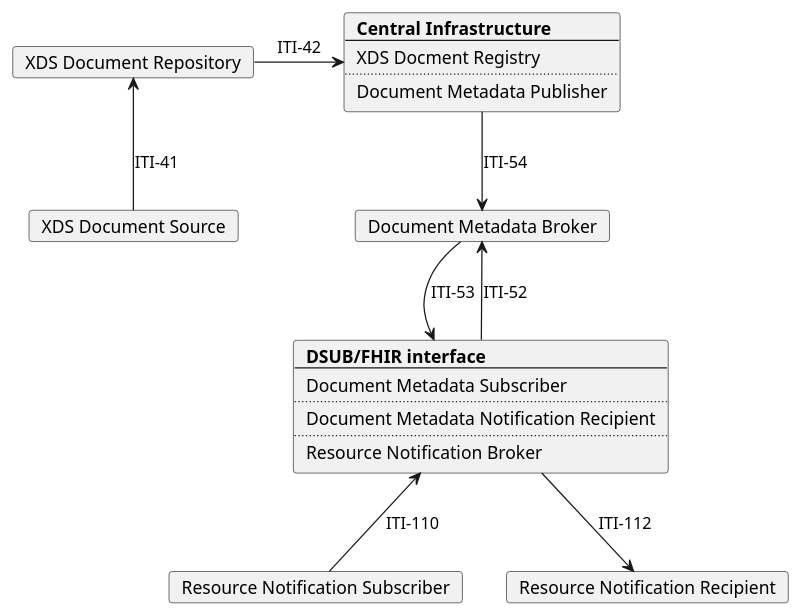
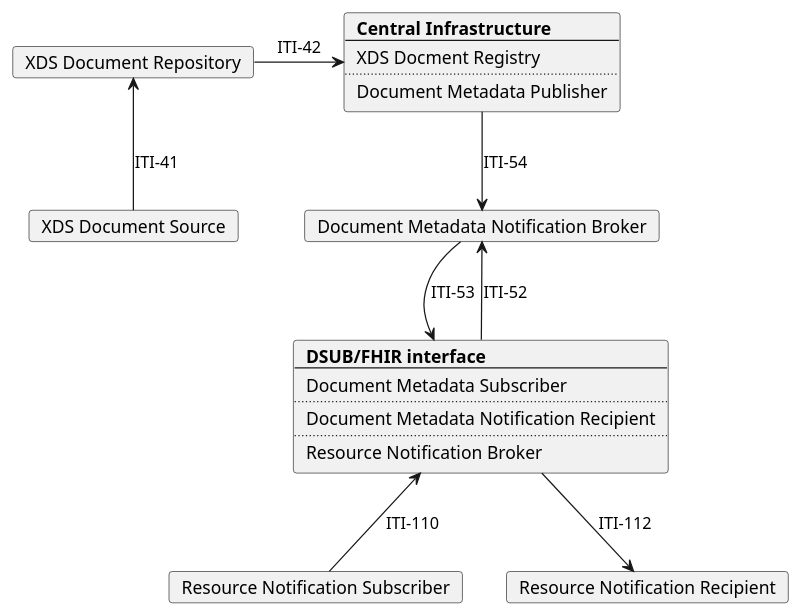
One commit to IHE/ITI.DSUBm changed the diagram in input/images-source/model_DSUBonFHIR.plantuml. Above: the diagram before and after it, drawn with PlantUML. The commit also changed 4 other files, not shown here.

```diff
--- a/input/images-source/model_DSUBonFHIR.plantuml
+++ b/input/images-source/model_DSUBonFHIR.plantuml
@@ -1,46 +1,46 @@
 @startuml
 skinparam svgDimensionStyle false
 skinparam componentStyle rectangle
 
 hide footbox
 /' title "DSUBm grouped with DSUB: DSUB on FHIR" '/
 
 card "XDS Document Source" as Source
 card "XDS Document Repository" as Repo
 
 card  Central [
   <b>Central Infrastructure
   ----
   XDS Docment Registry
   ....
   Document Metadata Publisher
 ]
 
-card "Document Metadata Broker" as Broker 
+card "Document Metadata Notification Broker" as Broker 
 
 card  DSUBFHIR [
   <b>DSUB/FHIR interface
   ----
 Document Metadata Subscriber
 ....
 Document Metadata Notification Recipient
 ....
 Resource Notification Broker
 ]
 
 card "Resource Notification Subscriber" as Subsciber 
 card "Resource Notification Recipient" as Recipient 
 
 Subsciber -u-> DSUBFHIR: ITI-110
 DSUBFHIR -d-> Broker: ITI-52
 
 Source -u-> Repo: ITI-41
 Repo -r-> Central: ITI-42
 Central -d-> Broker: ITI-54
 
 Broker-r->DSUBFHIR: ITI-53
 DSUBFHIR -d-> Recipient: ITI-112
 
 
 
 @enduml
```
